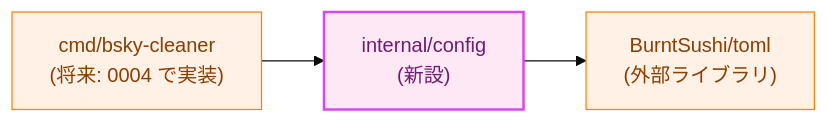
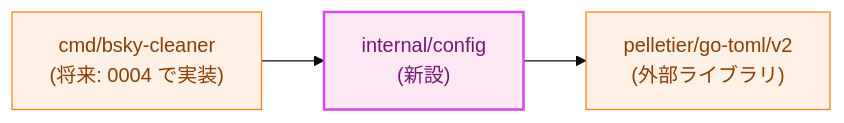
The second of 5 diagrams in docs/tasks/0001_config/02_architecture.md (isseis/bsky-cleaner), drawn with Mermaid (base theme) before and after one commit. The commit also changed other lines of this file and 1 other file, not shown here.

First line of the commit message:
docs(0001): switch TOML library from BurntSushi/toml to go-toml/v2

````diff
--- a/docs/tasks/0001_config/02_architecture.md
+++ b/docs/tasks/0001_config/02_architecture.md
@@ -53,16 +53,16 @@
 ```mermaid
 flowchart LR
     classDef process fill:#fff1e6,stroke:#ff7f0e,stroke-width:1px,color:#8a3e00;
     classDef newpkg fill:#ffe8f5,stroke:#d946ef,stroke-width:2px,color:#701a75;
 
     CMD["cmd/bsky-cleaner<br>(将来: 0004 で実装)"]
     CFG["internal/config<br>(新設)"]
-    TOMLLIB["BurntSushi/toml<br>(外部ライブラリ)"]
+    TOMLLIB["pelletier/go-toml/v2<br>(外部ライブラリ)"]
 
     CMD --> CFG
     CFG --> TOMLLIB
 
     class CMD process
     class CFG newpkg
     class TOMLLIB process
 ```
````
